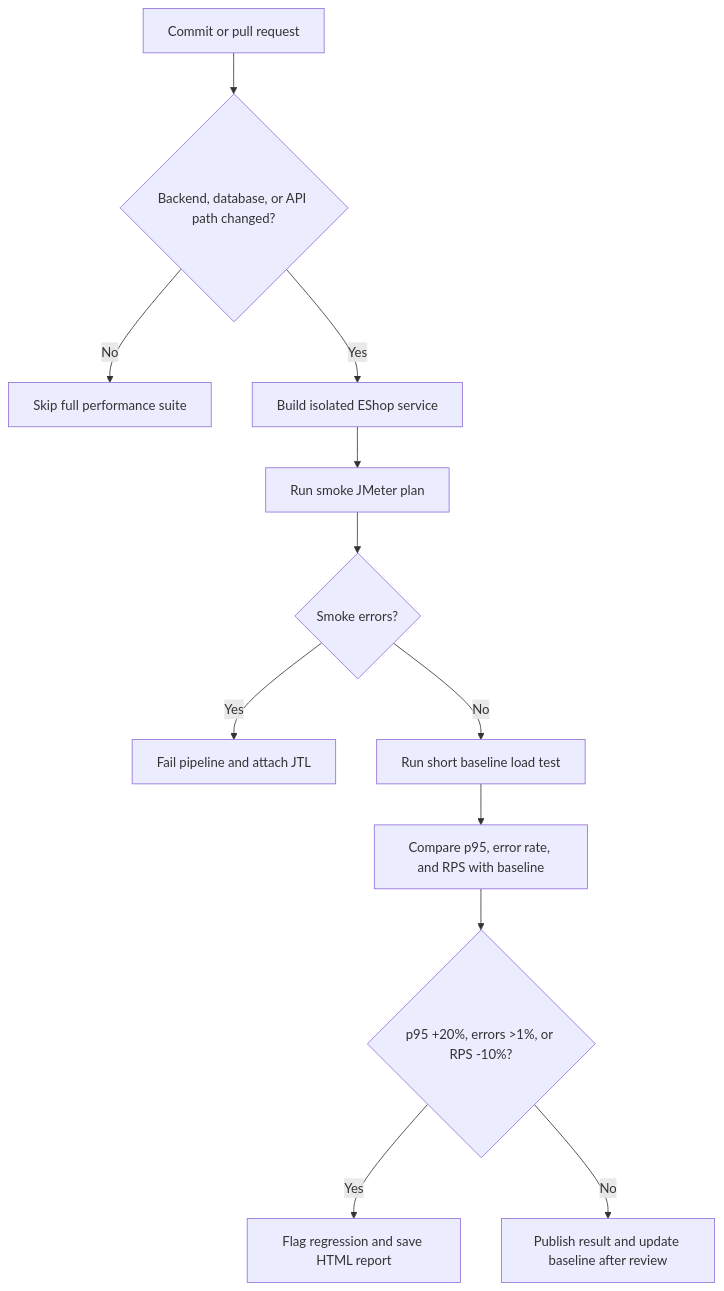
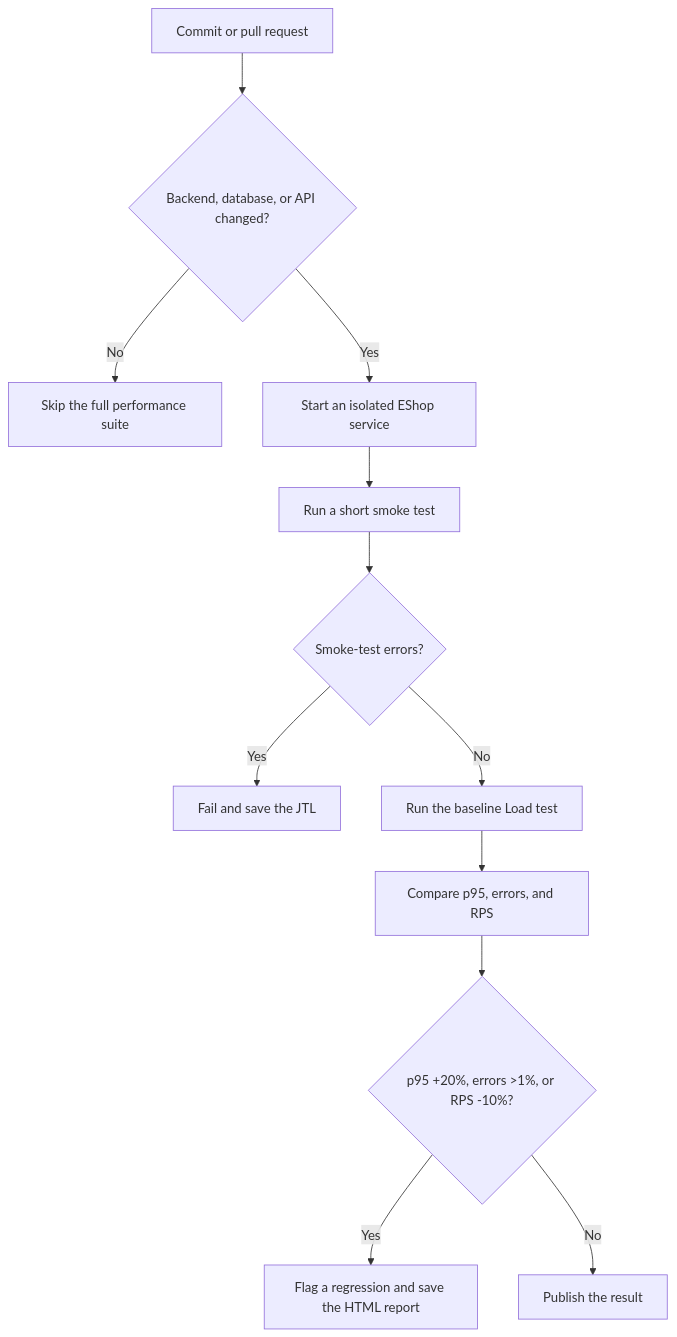
Before and after one commit to linhnph05/hw05: the diagram in reports/HW05_Performance_Report.md, drawn with Mermaid. The commit also changed other lines of this file and 2 other files, not shown here.

Commit message:
Rewrite HW05 report in execution order

````diff
--- a/reports/HW05_Performance_Report.md
+++ b/reports/HW05_Performance_Report.md
@@ -143,14 +228,14 @@
 ```mermaid
 flowchart TD
-  A[Commit or pull request] --> B{Backend, database, or API path changed?}
-  B -- No --> C[Skip full performance suite]
-  B -- Yes --> D[Build isolated EShop service]
-  D --> E[Run smoke JMeter plan]
-  E --> F{Smoke errors?}
-  F -- Yes --> G[Fail pipeline and attach JTL]
-  F -- No --> H[Run short baseline load test]
-  H --> I[Compare p95, error rate, and RPS with baseline]
+  A[Commit or pull request] --> B{Backend, database, or API changed?}
+  B -- No --> C[Skip the full performance suite]
+  B -- Yes --> D[Start an isolated EShop service]
+  D --> E[Run a short smoke test]
+  E --> F{Smoke-test errors?}
+  F -- Yes --> G[Fail and save the JTL]
+  F -- No --> H[Run the baseline Load test]
+  H --> I[Compare p95, errors, and RPS]
   I --> J{p95 +20%, errors >1%, or RPS -10%?}
-  J -- Yes --> K[Flag regression and save HTML report]
-  J -- No --> L[Publish result and update baseline after review]
+  J -- Yes --> K[Flag a regression and save the HTML report]
+  J -- No --> L[Publish the result]
 ```
````
